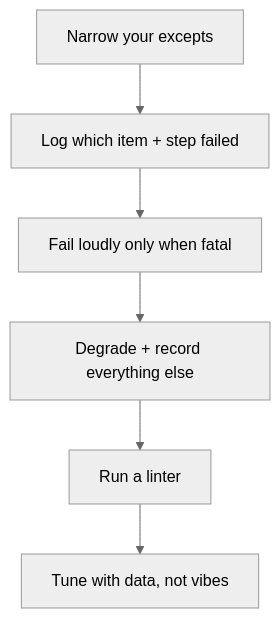
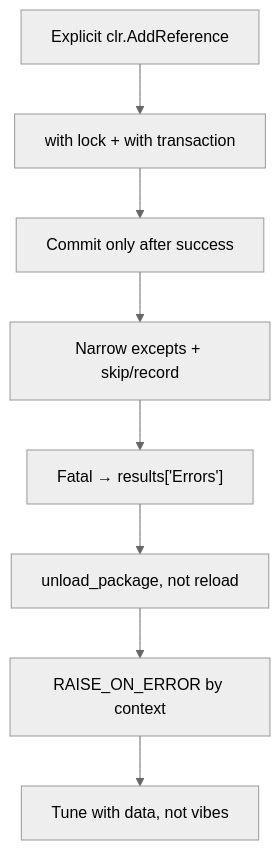
One commit to PrathamGitHub/dynamo-python-node-docs-v1 changed the diagram in docs/gotchas.md. Above: the diagram before and after it, drawn with Mermaid (neutral theme). The commit also changed other lines of this file and 5 other files, not shown here.

First line of the commit message:
Refactor documentation to standardize results schema and improve context management examples

````diff
--- a/docs/gotchas.md
+++ b/docs/gotchas.md
@@ -207,8 +316,10 @@
 ```mermaid
 flowchart TD
-    A["Narrow your excepts"] --> B["Log which item + step failed"]
-    B --> C["Fail loudly only when fatal"]
-    C --> D["Degrade + record everything else"]
-    D --> E["Run a linter"]
-    E --> F["Tune with data, not vibes"]
+    A["Explicit clr.AddReference"] --> B["with lock + with transaction"]
+    B --> C["Commit only after success"]
+    C --> D["Narrow excepts + skip/record"]
+    D --> E["Fatal → results['Errors']"]
+    E --> F["unload_package, not reload"]
+    F --> G["RAISE_ON_ERROR by context"]
+    G --> H["Tune with data, not vibes"]
 ```
````
